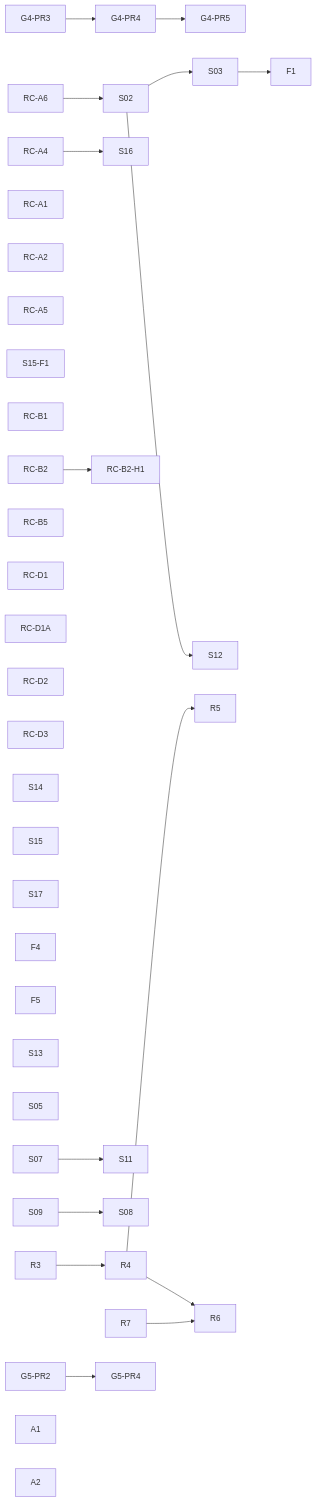
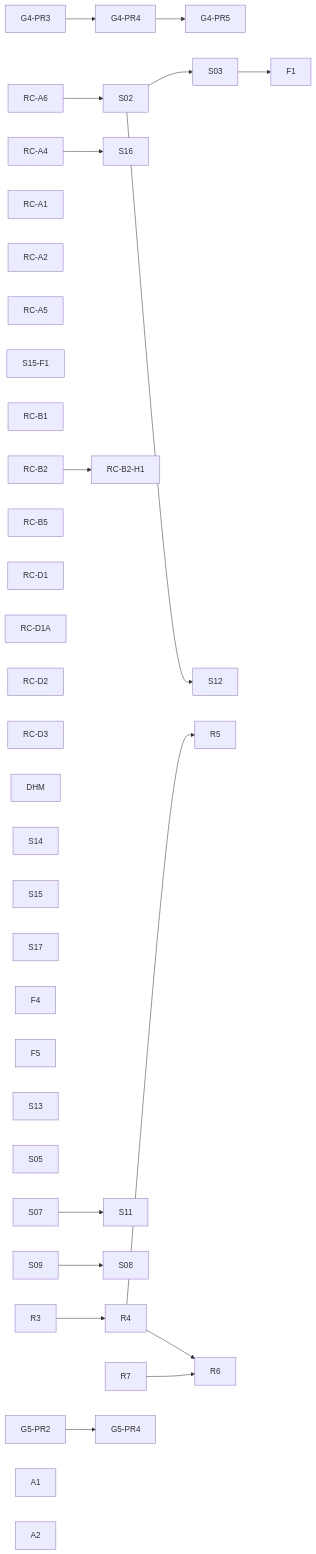
One commit to dunay2/dvt changed the diagram in docs/planning/state/open-task-route.md. Above: the diagram before and after it, drawn with Mermaid. The commit also changed other lines of this file and 14 other files, not shown here.

````diff
--- a/docs/planning/state/open-task-route.md
+++ b/docs/planning/state/open-task-route.md
@@ -80,40 +81,42 @@
 ```mermaid
 flowchart LR
   G43[G4-PR3] --> G44[G4-PR4] --> G45[G4-PR5]
 
   RC_A6[RC-A6] --> S02[S02] --> S03[S03] --> F1[F1]
   RC_A4[RC-A4] --> S16[S16]
   RC_A1[RC-A1]
   RC_A2[RC-A2]
   RC_A5[RC-A5]
   S15F1[S15-F1]
   RC_B1[RC-B1]
   RC_B2[RC-B2]
   RC_B2_H1[RC-B2-H1]
   RC_B2 --> RC_B2_H1
   RC_B5[RC-B5]
   RC_D1[RC-D1]
   RC_D1A[RC-D1A]
   RC_D2[RC-D2]
   RC_D3[RC-D3]
+  DHM[DHM]
 
   S02 --> S12[S12]
   S14[S14]
   S15[S15]
   S17[S17]
   F4[F4]
   F5[F5]
   S13[S13]
   S05[S05]
 
   S07[S07] --> S11[S11]
   S09[S09] --> S08[S08]
 
   R3[R3] --> R4[R4] --> R5[R5]
   R4 --> R6[R6]
   R7[R7] --> R6
 
   G52[G5-PR2] --> G54[G5-PR4]
   A1[A1]
   A2[A2]
+  DHM
 ```
````
